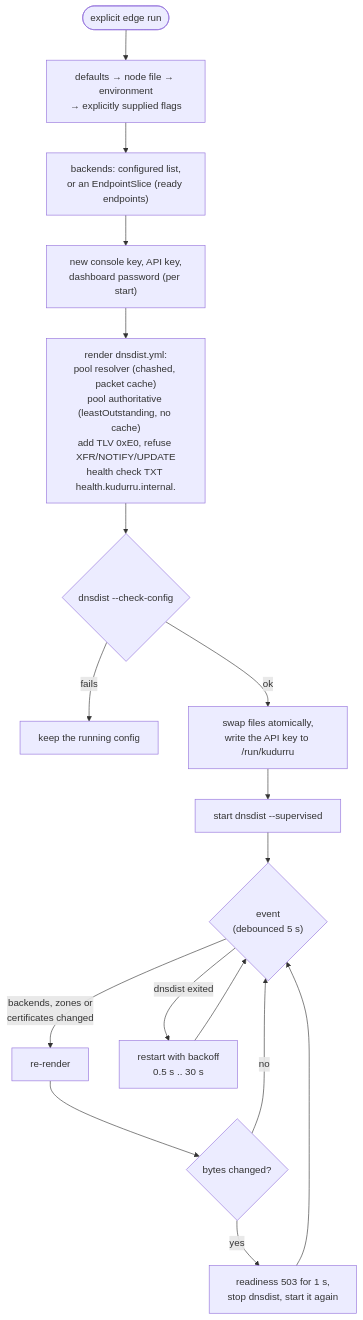
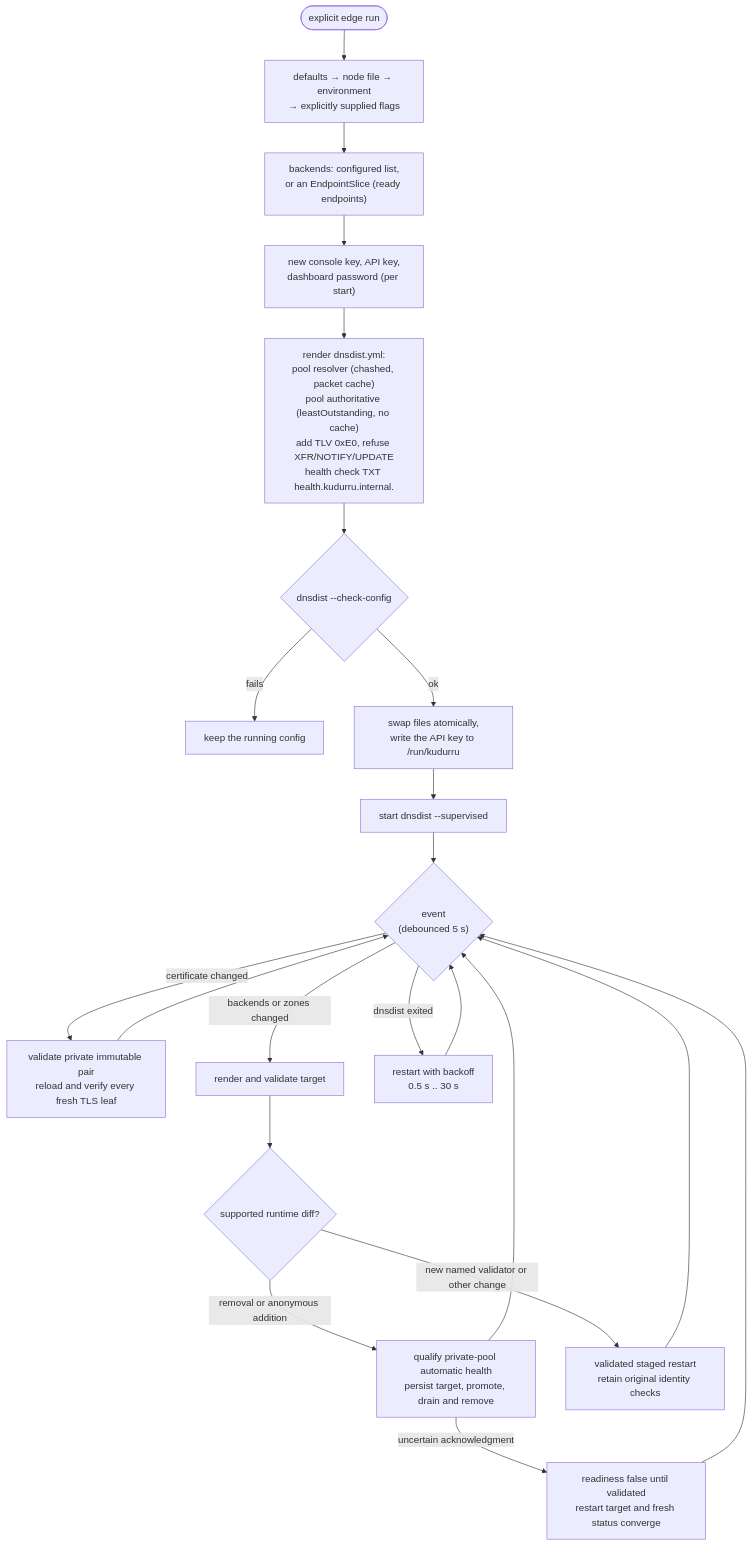
One commit to robertherbaugh/kudurru changed the first of 3 diagrams in docs/architecture/deployment.md. Above: the diagram before and after it, drawn with Mermaid. The commit also changed other lines of this file and 13 other files, not shown here.

````diff
--- a/docs/architecture/deployment.md
+++ b/docs/architecture/deployment.md
@@ -132,19 +132,24 @@
 ```mermaid
 flowchart TD
     START(["explicit edge run"]) --> HOST["defaults → node file → environment<br/>→ explicitly supplied flags"]
     HOST --> MEM["backends: configured list,<br/>or an EndpointSlice (ready endpoints)"]
     MEM --> CRED["new console key, API key,<br/>dashboard password (per start)"]
     CRED --> REN["render dnsdist.yml:<br/>pool resolver (chashed, packet cache)<br/>pool authoritative (leastOutstanding, no cache)<br/>add TLV 0xE0, refuse XFR/NOTIFY/UPDATE<br/>health check TXT health.kudurru.internal."]
     REN --> CHK{"dnsdist --check-config"}
     CHK -- "fails" --> KEEP["keep the running config"]
     CHK -- "ok" --> SWAP["swap files atomically,<br/>write the API key to /run/kudurru"]
     SWAP --> EXEC["start dnsdist --supervised"]
     EXEC --> LOOP{"event<br/>(debounced 5 s)"}
-    LOOP -- "backends, zones or<br/>certificates changed" --> REN2["re-render"]
-    REN2 --> DIFF{"bytes changed?"}
-    DIFF -- "no" --> LOOP
-    DIFF -- "yes" --> RST["readiness 503 for 1 s,<br/>stop dnsdist, start it again"]
+    LOOP -- "certificate changed" --> TLS["validate private immutable pair<br/>reload and verify every fresh TLS leaf"]
+    TLS --> LOOP
+    LOOP -- "backends or zones changed" --> REN2["render and validate target"]
+    REN2 --> DIFF{"supported runtime diff?"}
+    DIFF -- "removal or anonymous addition" --> APPLY["qualify private-pool automatic health<br/>persist target, promote, drain and remove"]
+    APPLY --> LOOP
+    DIFF -- "new named validator or other change" --> RST["validated staged restart<br/>retain original identity checks"]
     RST --> LOOP
+    APPLY -- "uncertain acknowledgment" --> RECOVER["readiness false until validated<br/>restart target and fresh status converge"]
+    RECOVER --> LOOP
     LOOP -- "dnsdist exited" --> BO["restart with backoff<br/>0.5 s .. 30 s"]
     BO --> LOOP
 ```
````
